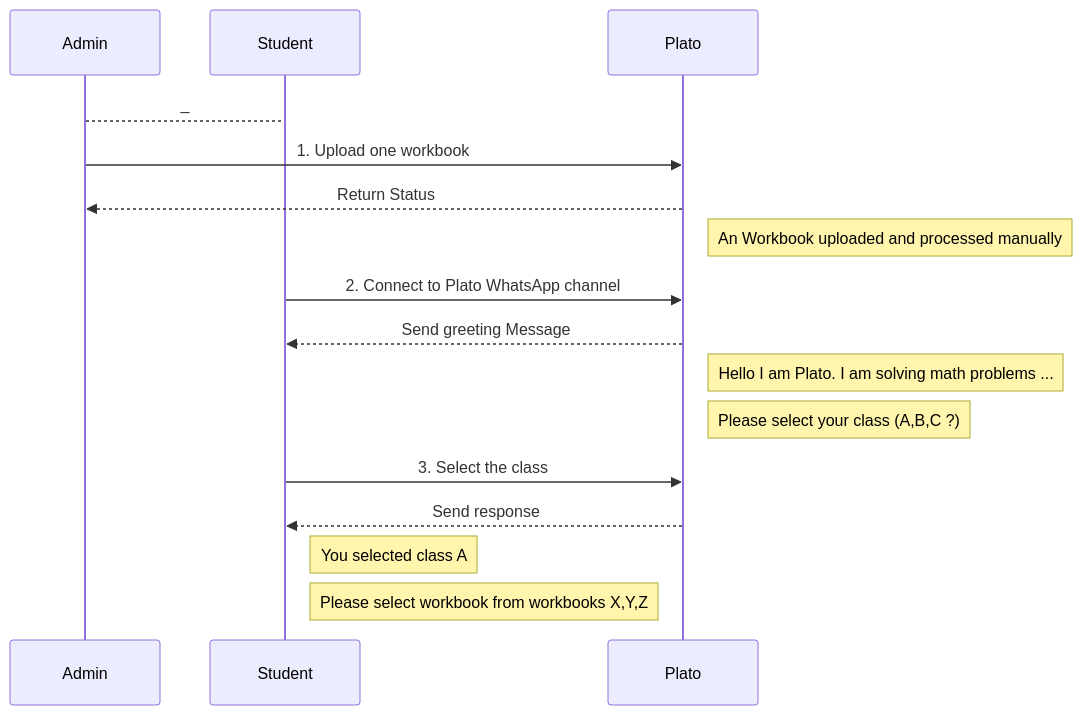
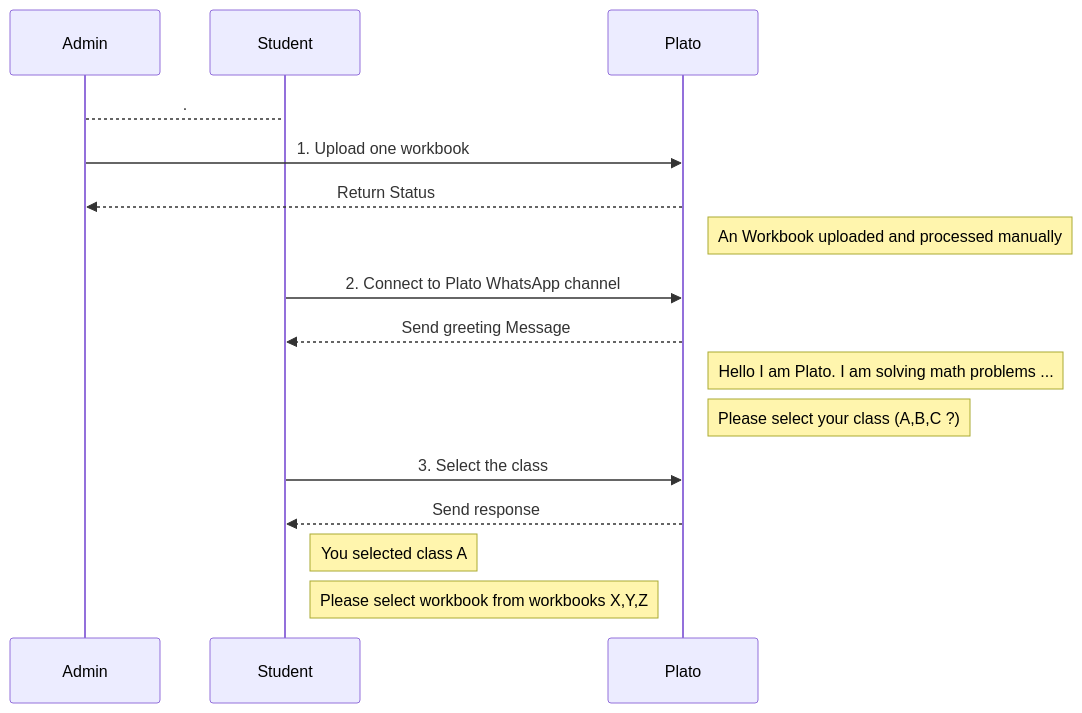
The third of 3 diagrams in docs/design.md (dimastatz/plato), drawn with Mermaid before and after one commit.

````diff
--- a/docs/design.md
+++ b/docs/design.md
@@ -95,21 +95,21 @@
 ```mermaid
 sequenceDiagram
-Admin-->Student: _
+Admin-->Student: .
 
 Admin->>Plato: 1. Upload one workbook
 Plato-->>Admin: Return Status
 Note right of Plato: An Workbook uploaded and processed manually
 
 Student->>Plato: 2. Connect to Plato WhatsApp channel
 Plato-->>Student: Send greeting Message 
 Note right of Plato: Hello I am Plato. I am solving math problems ...
 Note right of Plato: Please select your class (A,B,C ?)
 
 Student->>Plato: 3. Select the class
 Plato-->>Student: Send response 
 Note right of Student: You selected class A
 Note right of Student: Please select workbook from workbooks X,Y,Z
 
 
 
 ```
````
